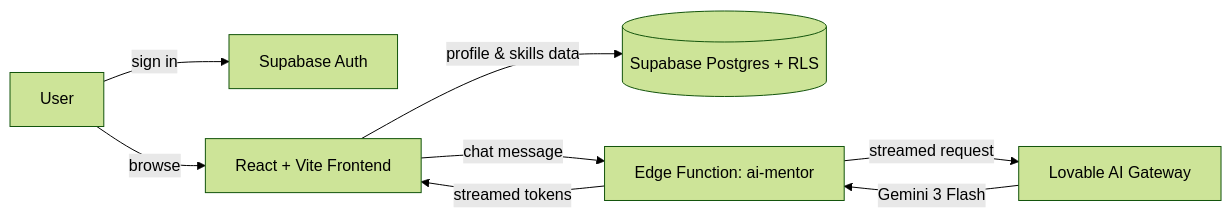
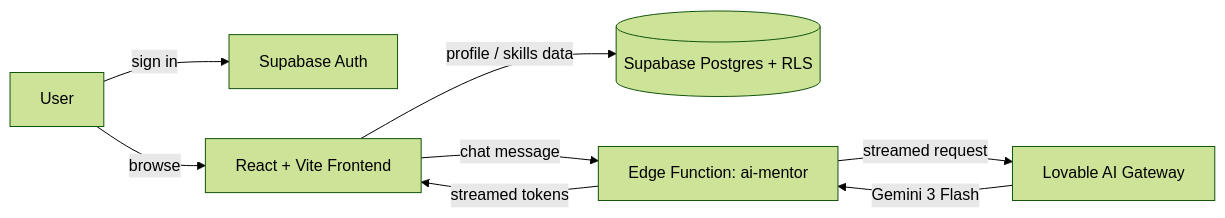
The diagram in README.md (Muneeb-PT/Muneeb-PT), drawn with Mermaid (forest theme) before and after one commit. The commit also changed other lines of this file, not shown here.

````diff
--- a/README.md
+++ b/README.md
@@ -54,10 +54,10 @@
 ```mermaid
 flowchart LR
     U[User] -->|sign in| A[Supabase Auth]
     U -->|browse| F[React + Vite Frontend]
-    F -->|profile & skills data| D[(Supabase Postgres + RLS)]
+    F -->|profile / skills data| D[(Supabase Postgres + RLS)]
     F -->|chat message| E[Edge Function: ai-mentor]
     E -->|streamed request| G[Lovable AI Gateway]
     G -->|Gemini 3 Flash| E
     E -->|streamed tokens| F
 ```
````
